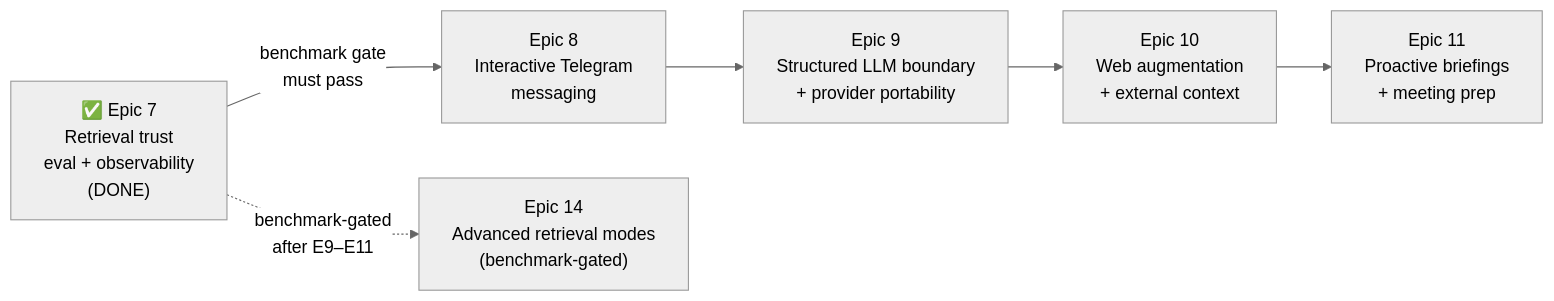
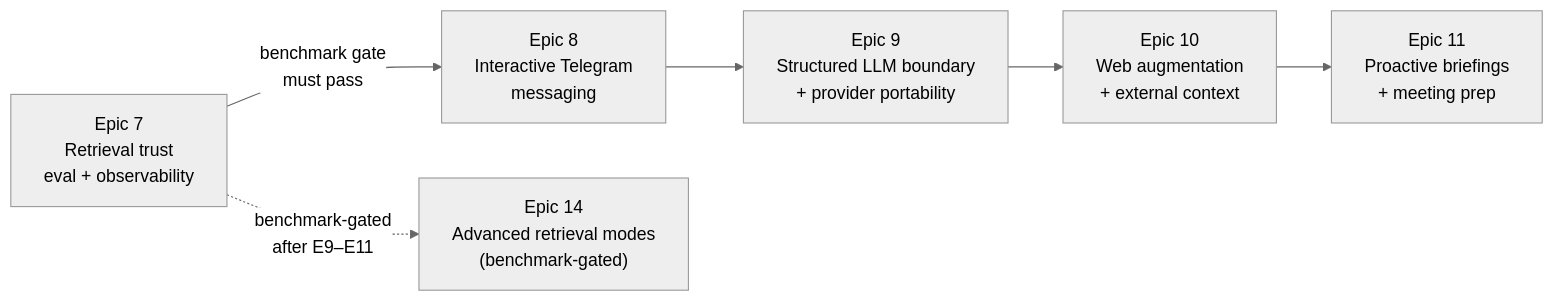
Diagram 14 of 15 in _bmad-output/planning-artifacts/architecture-diagrams.md (iainhgl/chief-of-staff), drawn with Mermaid (neutral theme) before and after one commit. The commit also changed 4 other files, not shown here.

````diff
--- a/_bmad-output/planning-artifacts/architecture-diagrams.md
+++ b/_bmad-output/planning-artifacts/architecture-diagrams.md
@@ -572,13 +572,13 @@
 ```mermaid
 flowchart LR
-    E7["✅ Epic 7\nRetrieval trust\neval + observability\n(DONE)"]
+    E7["Epic 7\nRetrieval trust\neval + observability"]
     E8["Epic 8\nInteractive Telegram\nmessaging"]
     E9["Epic 9\nStructured LLM boundary\n+ provider portability"]
     E10["Epic 10\nWeb augmentation\n+ external context"]
     E11["Epic 11\nProactive briefings\n+ meeting prep"]
     E14["Epic 14\nAdvanced retrieval modes\n(benchmark-gated)"]
 
     E7 -->|"benchmark gate\nmust pass"| E8
     E8 --> E9 --> E10 --> E11
     E7 -.->|"benchmark-gated\nafter E9–E11"| E14
 ```
````
